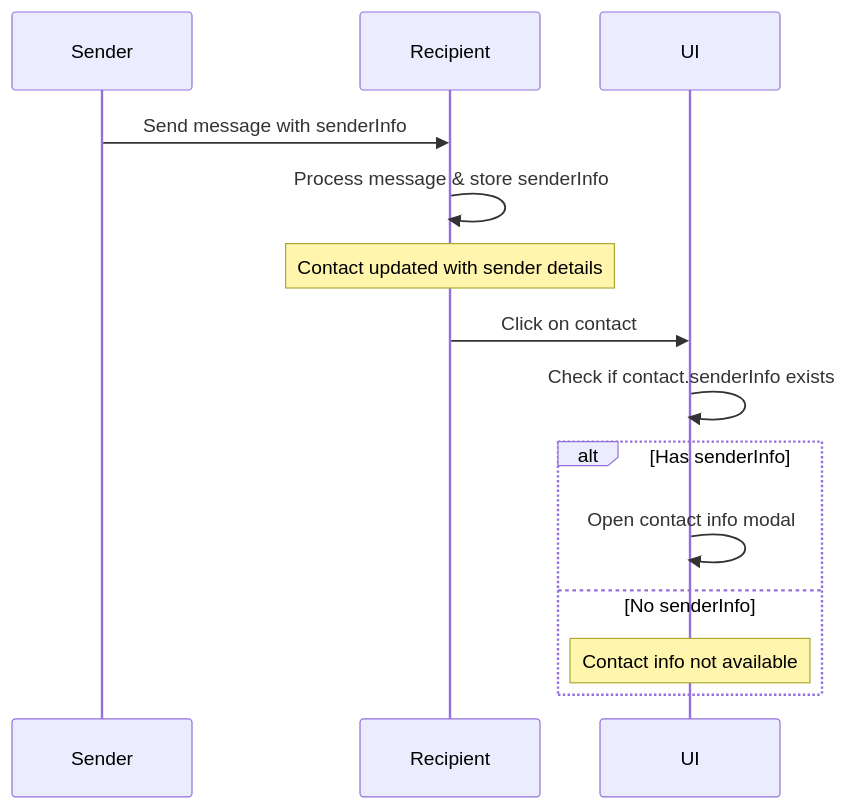
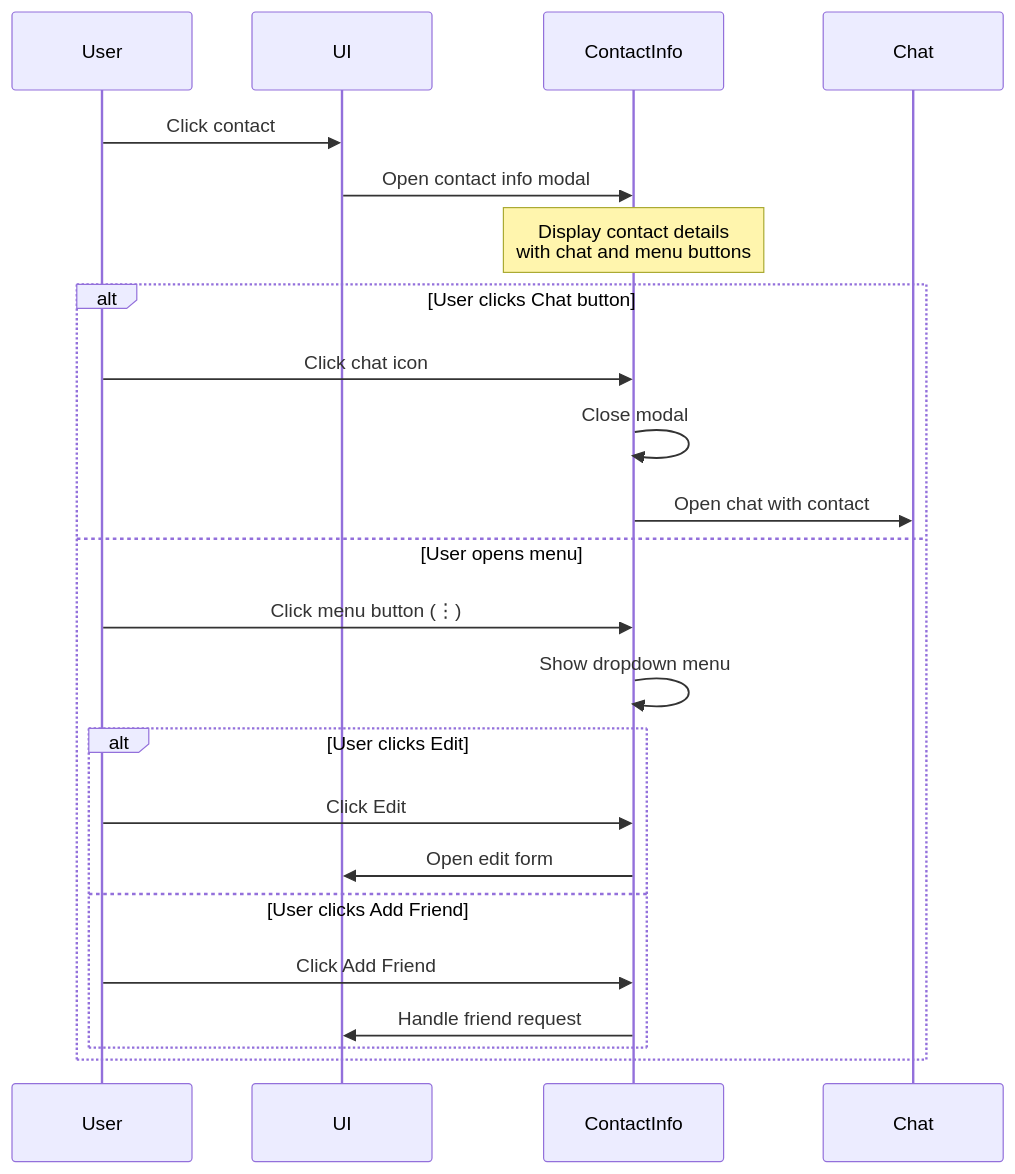
The second of 4 diagrams in data_structures_flow/send-info-and-contact.md (silver83p/web-client-v2), drawn with Mermaid before and after one commit. The commit also changed other lines of this file and 3 other files, not shown here.

First line of the commit message:
Add contact info modal with enhanced header actions and dropdown menu

````diff
--- a/data_structures_flow/send-info-and-contact.md
+++ b/data_structures_flow/send-info-and-contact.md
@@ -53,18 +53,27 @@
 ```mermaid
 sequenceDiagram
-    participant Sender
-    participant Recipient
+    participant User
     participant UI
+    participant ContactInfo
+    participant Chat
 
-    Sender->>Recipient: Send message with senderInfo
-    Recipient->>Recipient: Process message & store senderInfo
-    Note over Recipient: Contact updated with sender details
+    User->>UI: Click contact
+    UI->>ContactInfo: Open contact info modal
+    Note over ContactInfo: Display contact details<br/>with chat and menu buttons
 
-    Recipient->>UI: Click on contact
-    UI->>UI: Check if contact.senderInfo exists
-    alt Has senderInfo
-        UI->>UI: Open contact info modal
-    else No senderInfo
-        Note over UI: Contact info not available
+    alt User clicks Chat button
+        User->>ContactInfo: Click chat icon
+        ContactInfo->>ContactInfo: Close modal
+        ContactInfo->>Chat: Open chat with contact
+    else User opens menu
+        User->>ContactInfo: Click menu button (⋮)
+        ContactInfo->>ContactInfo: Show dropdown menu
+        alt User clicks Edit
+            User->>ContactInfo: Click Edit
+            ContactInfo->>UI: Open edit form
+        else User clicks Add Friend
+            User->>ContactInfo: Click Add Friend
+            ContactInfo->>UI: Handle friend request
+        end
     end
 ```
````
